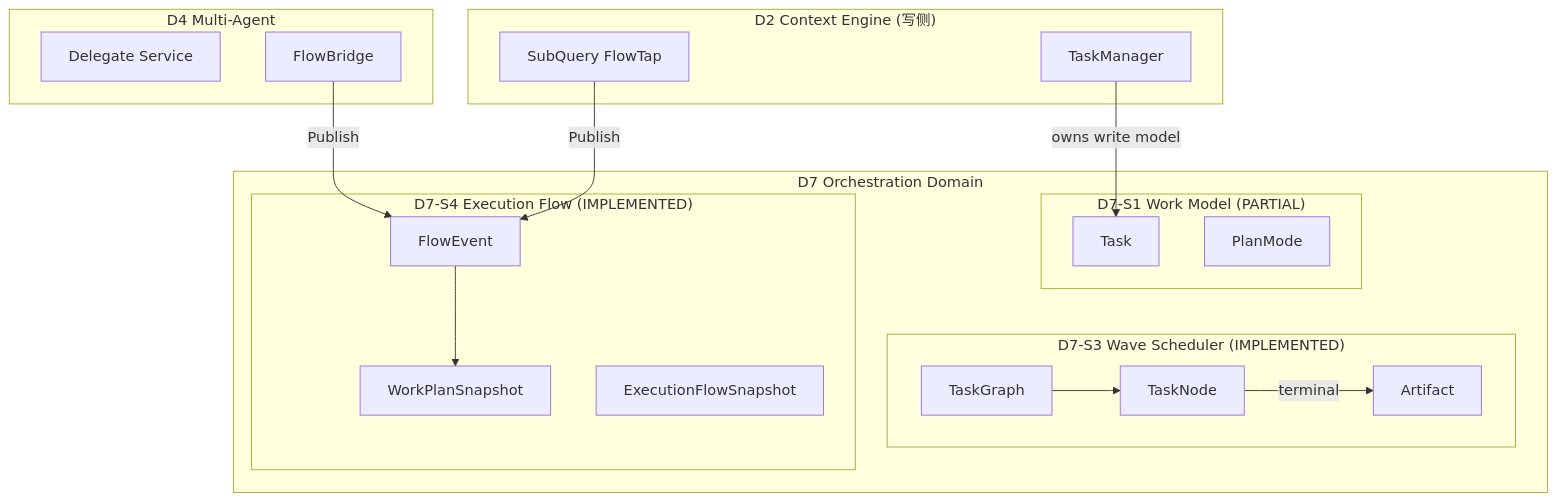
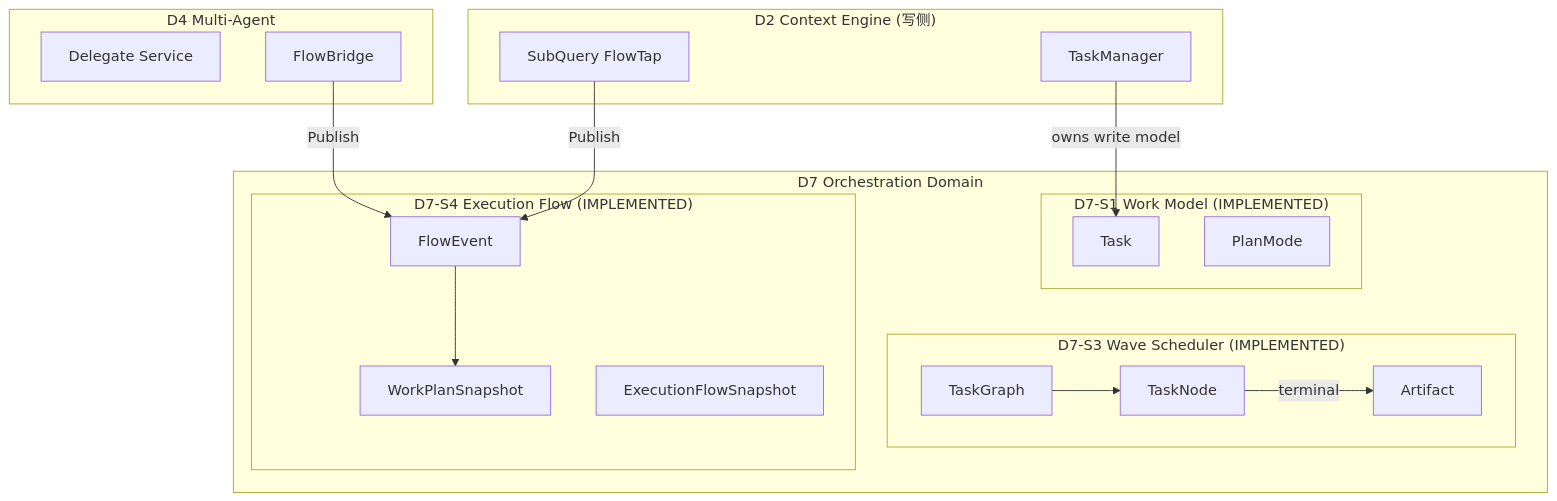
One commit to fqntxmqee/devrix changed the second of 2 diagrams in openspec/specs/d7-orchestration/design.md. Above: the diagram before and after it, drawn with Mermaid. The commit also changed other lines of this file and 172 other files, not shown here.

````diff
--- a/openspec/specs/d7-orchestration/design.md
+++ b/openspec/specs/d7-orchestration/design.md
@@ -224,36 +225,36 @@
 ```mermaid
 graph TB
     subgraph D7_Orchestration["D7 Orchestration Domain"]
-        subgraph S1["D7-S1 Work Model (PARTIAL)"]
+        subgraph S1["D7-S1 Work Model (IMPLEMENTED)"]
             Task["Task"]
             PlanMode["PlanMode"]
         end
         subgraph S3["D7-S3 Wave Scheduler (IMPLEMENTED)"]
             TaskGraph["TaskGraph"]
             TaskNode["TaskNode"]
             Artifact["Artifact"]
         end
         subgraph S4["D7-S4 Execution Flow (IMPLEMENTED)"]
             FlowEvent["FlowEvent"]
             WorkPlan["WorkPlanSnapshot"]
             ExecFlow["ExecutionFlowSnapshot"]
         end
     end
 
     subgraph D2["D2 Context Engine (写侧)"]
         TaskManager["TaskManager"]
         SubQuery["SubQuery FlowTap"]
     end
 
     subgraph D4["D4 Multi-Agent"]
         Delegate["Delegate Service"]
         FlowBridge["FlowBridge"]
     end
 
     TaskManager -->|"owns write model"| Task
     SubQuery -->|"Publish"| FlowEvent
     FlowBridge -->|"Publish"| FlowEvent
     FlowEvent --> WorkPlan
     TaskGraph --> TaskNode
     TaskNode -->|"terminal"| Artifact
 ```
````
